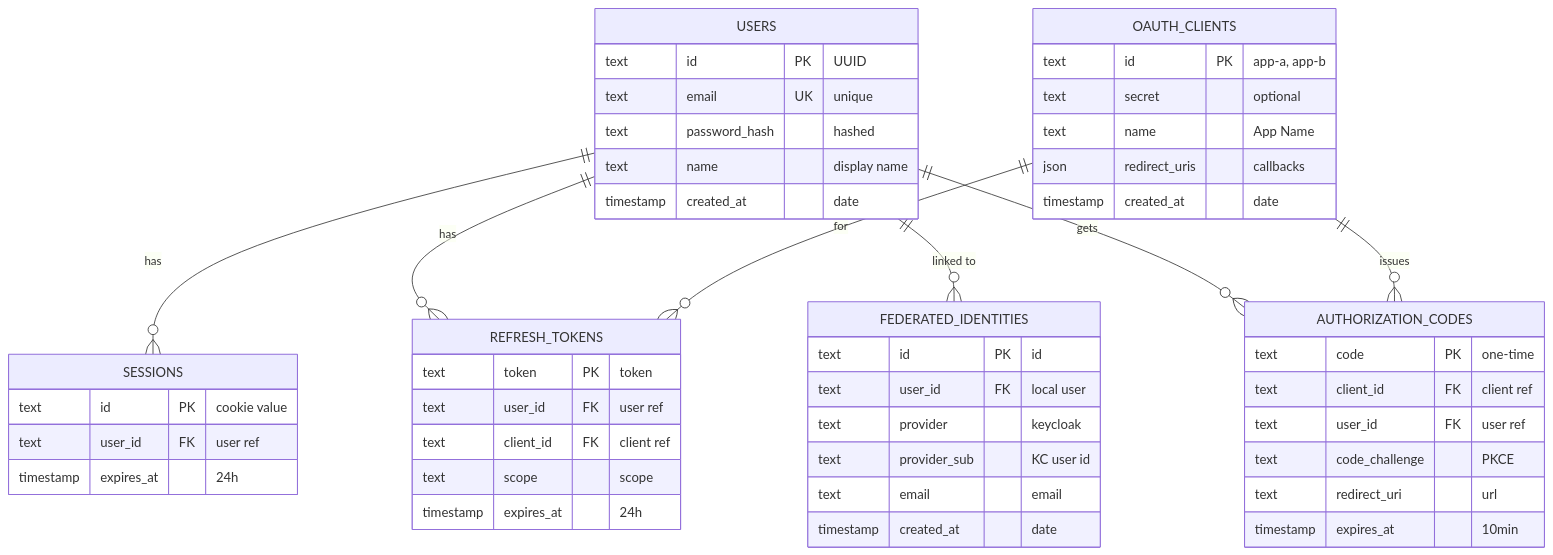
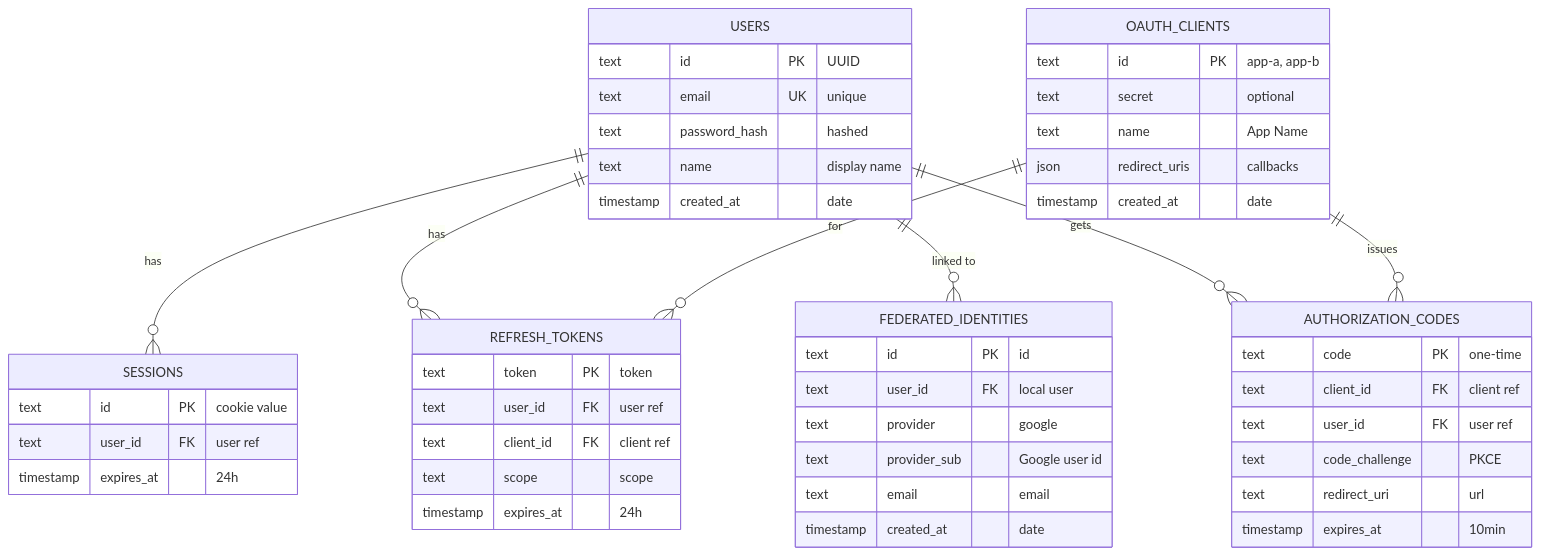
One commit to ioannis-psomadelis/sso-app changed the eighth of 12 diagrams in docs/diagrams/DIAGRAMS_MERMAID.md. Above: the diagram before and after it, drawn with Mermaid. The commit also changed other lines of this file and 58 other files, not shown here.

````diff
--- a/docs/diagrams/DIAGRAMS_MERMAID.md
+++ b/docs/diagrams/DIAGRAMS_MERMAID.md
@@ -299,57 +299,57 @@
 ```mermaid
 erDiagram
     USERS ||--o{ SESSIONS : "has"
     USERS ||--o{ REFRESH_TOKENS : "has"
     USERS ||--o{ FEDERATED_IDENTITIES : "linked to"
     USERS ||--o{ AUTHORIZATION_CODES : "gets"
     OAUTH_CLIENTS ||--o{ AUTHORIZATION_CODES : "issues"
     OAUTH_CLIENTS ||--o{ REFRESH_TOKENS : "for"
 
     USERS {
         text id PK "UUID"
         text email UK "unique"
         text password_hash "hashed"
         text name "display name"
         timestamp created_at "date"
     }
 
     OAUTH_CLIENTS {
         text id PK "app-a, app-b"
         text secret "optional"
         text name "App Name"
         json redirect_uris "callbacks"
         timestamp created_at "date"
     }
 
     SESSIONS {
         text id PK "cookie value"
         text user_id FK "user ref"
         timestamp expires_at "24h"
     }
 
     AUTHORIZATION_CODES {
         text code PK "one-time"
         text client_id FK "client ref"
         text user_id FK "user ref"
         text code_challenge "PKCE"
         text redirect_uri "url"
         timestamp expires_at "10min"
     }
 
     REFRESH_TOKENS {
         text token PK "token"
         text user_id FK "user ref"
         text client_id FK "client ref"
         text scope "scope"
         timestamp expires_at "24h"
     }
 
     FEDERATED_IDENTITIES {
         text id PK "id"
         text user_id FK "local user"
-        text provider "keycloak"
-        text provider_sub "KC user id"
+        text provider "google"
+        text provider_sub "Google user id"
         text email "email"
         timestamp created_at "date"
     }
 ```
````
